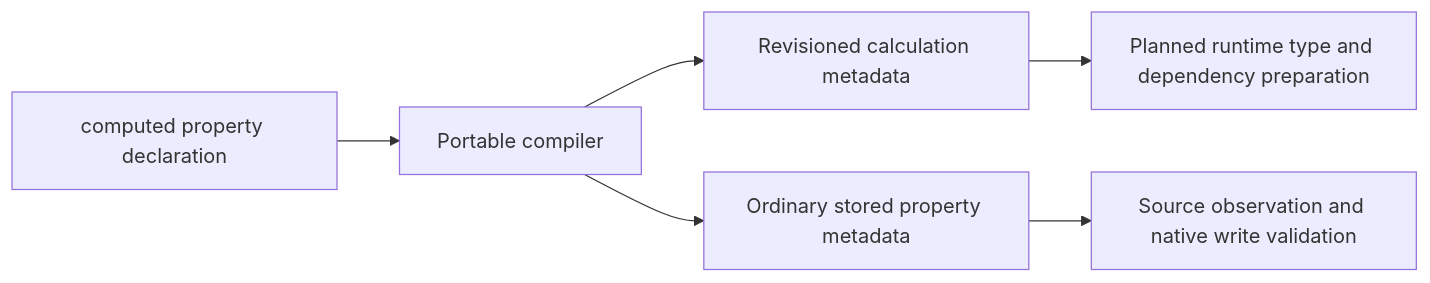
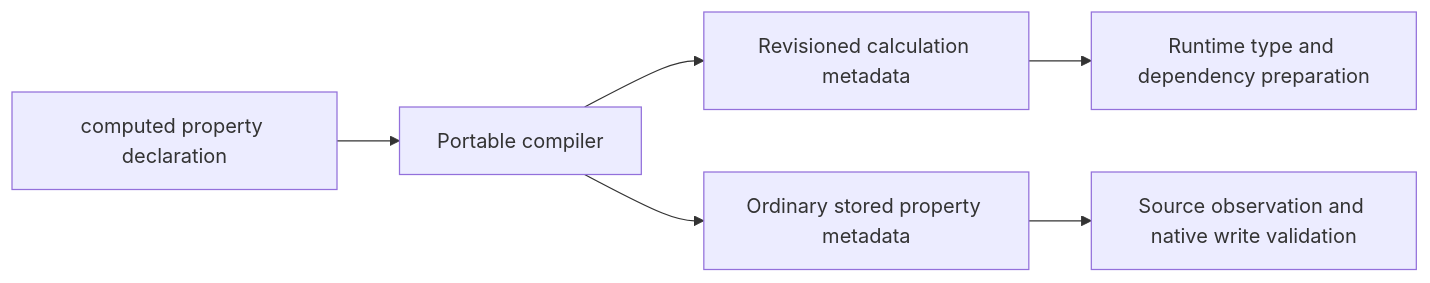
Before and after one commit to relatehq/relate: the third of 3 diagrams in packages/relate/CONTRACT.md, drawn with Mermaid. The commit also changed other lines of this file and 28 other files, not shown here.

````diff
--- a/packages/relate/CONTRACT.md
+++ b/packages/relate/CONTRACT.md
@@ -790,8 +792,8 @@
 ```mermaid
 flowchart LR
   Declaration[computed property declaration] --> Compile[Portable compiler]
   Compile --> Metadata[Revisioned calculation metadata]
   Compile --> Stored[Ordinary stored property metadata]
-  Metadata --> Prepare[Planned runtime type and dependency preparation]
+  Metadata --> Prepare[Runtime type and dependency preparation]
   Stored --> Persistence[Source observation and native write validation]
 ```
````
